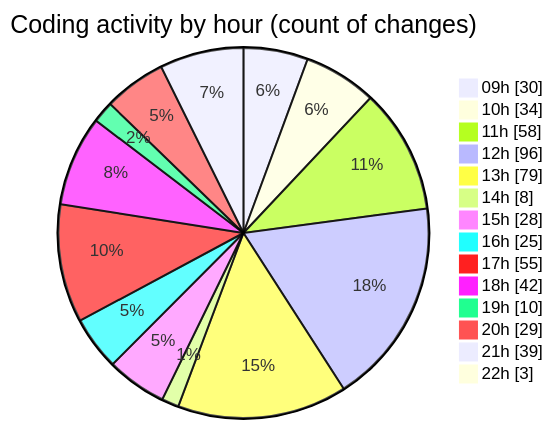
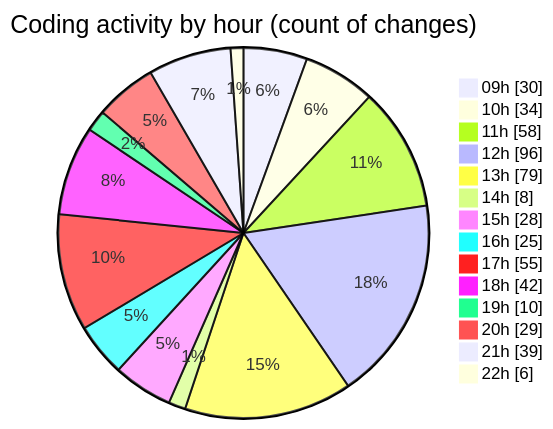
Before and after one commit to momahboobian/code-tracking: the second of 2 diagrams in 2025-04-02/cda/README.md, drawn with Mermaid. The commit also changed other lines of this file and 1 other file, not shown here.

````diff
--- a/2025-04-02/cda/README.md
+++ b/2025-04-02/cda/README.md
@@ -40,18 +40,18 @@
 ```mermaid
 pie showData
 title Coding activity by hour (count of changes)
 "09h" : 30
 "10h" : 34
 "11h" : 58
 "12h" : 96
 "13h" : 79
 "14h" : 8
 "15h" : 28
 "16h" : 25
 "17h" : 55
 "18h" : 42
 "19h" : 10
 "20h" : 29
 "21h" : 39
-"22h" : 3
+"22h" : 6
 ```
````
